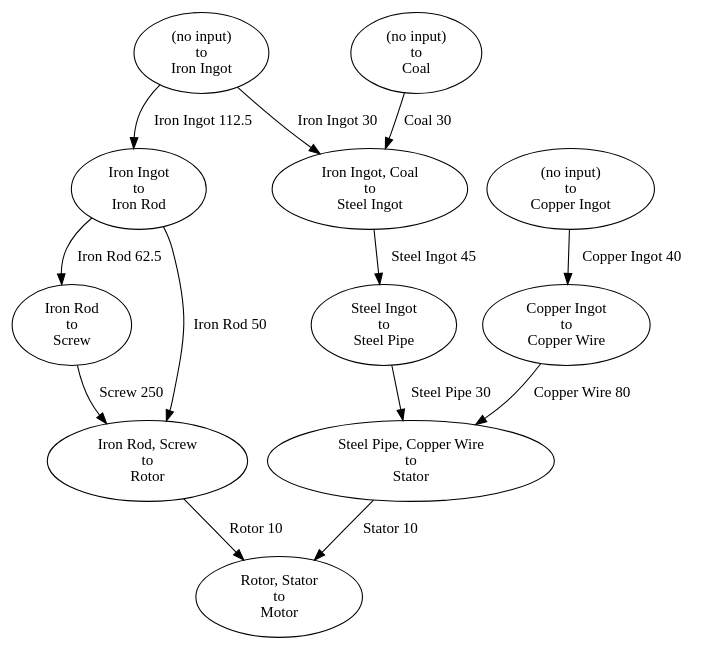
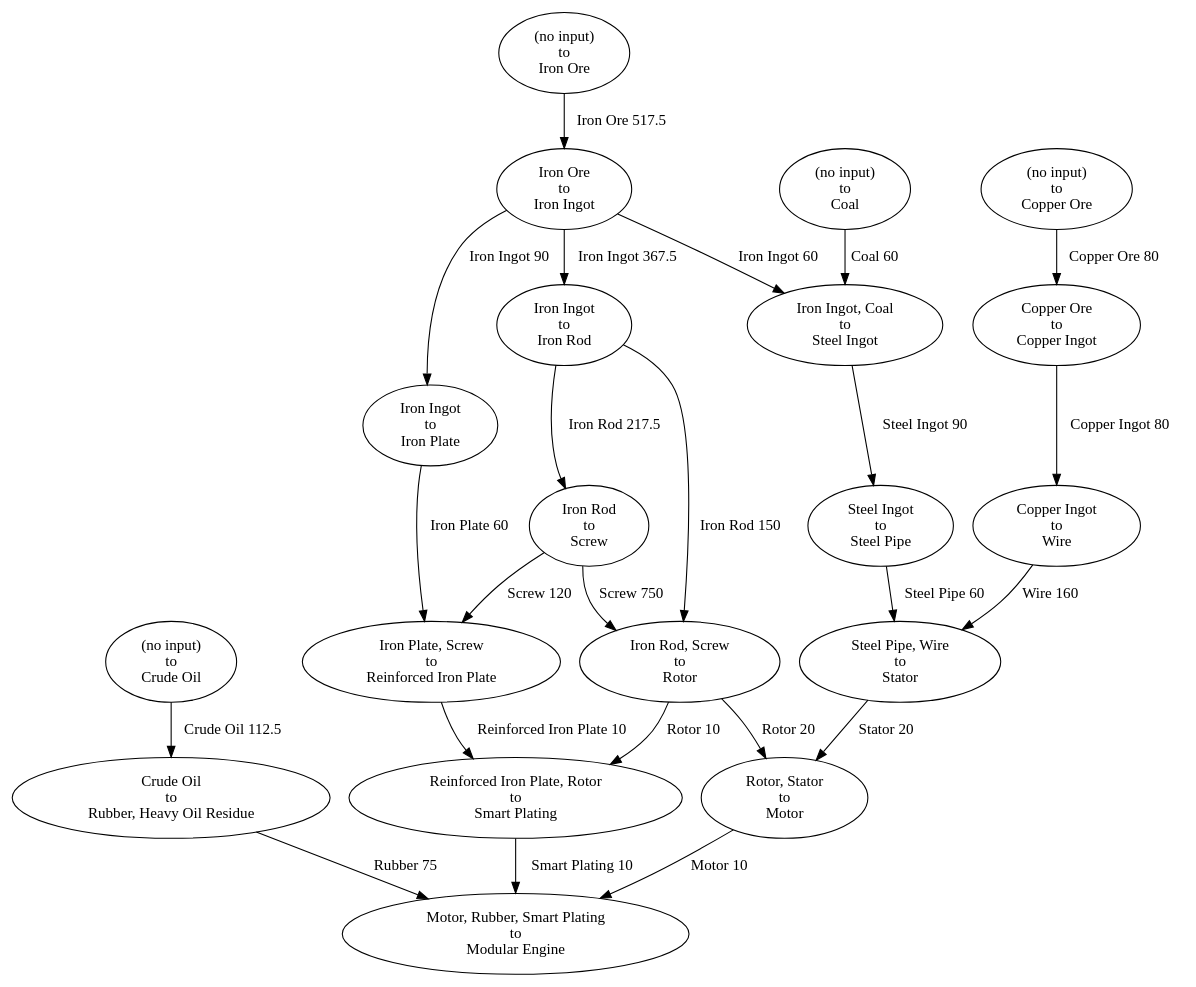
Before and after one commit to tinaxd/factory-calc: the diagram in sample.dot, drawn with Graphviz. The commit also changed 3 other files, not shown here.

```diff
--- a/sample.dot
+++ b/sample.dot
@@ -1,25 +1,44 @@
 digraph G {
     node0 [label = "Iron Ingot, Coal\nto\nSteel Ingot";];
     node1 [label = "Steel Ingot\nto\nSteel Pipe";];
-    node2 [label = "Steel Pipe, Copper Wire\nto\nStator";];
+    node2 [label = "Steel Pipe, Wire\nto\nStator";];
     node3 [label = "Rotor, Stator\nto\nMotor";];
     node4 [label = "Iron Rod, Screw\nto\nRotor";];
     node5 [label = "Iron Ingot\nto\nIron Rod";];
     node6 [label = "Iron Rod\nto\nScrew";];
-    node7 [label = "Copper Ingot\nto\nCopper Wire";];
-    node8 [label = "(no input)\nto\nIron Ingot";];
+    node7 [label = "Copper Ingot\nto\nWire";];
+    node8 [label = "Iron Ore\nto\nIron Ingot";];
     node9 [label = "(no input)\nto\nCoal";];
-    node10 [label = "(no input)\nto\nCopper Ingot";];
-    node8 -> node0 [label = "Iron Ingot 30";];
-    node9 -> node0 [label = "Coal 30";];
-    node0 -> node1 [label = "Steel Ingot 45";];
-    node1 -> node2 [label = "Steel Pipe 30";];
-    node7 -> node2 [label = "Copper Wire 80";];
-    node4 -> node3 [label = "Rotor 10";];
-    node2 -> node3 [label = "Stator 10";];
-    node5 -> node4 [label = "Iron Rod 50";];
-    node6 -> node4 [label = "Screw 250";];
-    node8 -> node5 [label = "Iron Ingot 112.5";];
-    node5 -> node6 [label = "Iron Rod 62.5";];
-    node10 -> node7 [label = "Copper Ingot 40";];
+    node10 [label = "Copper Ore\nto\nCopper Ingot";];
+    node11 [label = "(no input)\nto\nIron Ore";];
+    node12 [label = "(no input)\nto\nCopper Ore";];
+    node13 [label = "Iron Ingot\nto\nIron Plate";];
+    node14 [label = "Iron Plate, Screw\nto\nReinforced Iron Plate";];
+    node15 [label = "(no input)\nto\nCrude Oil";];
+    node16 [label = "Crude Oil\nto\nRubber, Heavy Oil Residue";];
+    node17 [label = "Reinforced Iron Plate, Rotor\nto\nSmart Plating";];
+    node18 [label = "Motor, Rubber, Smart Plating\nto\nModular Engine";];
+    node8 -> node0 [label = "Iron Ingot 60";];
+    node9 -> node0 [label = "Coal 60";];
+    node0 -> node1 [label = "Steel Ingot 90";];
+    node1 -> node2 [label = "Steel Pipe 60";];
+    node7 -> node2 [label = "Wire 160";];
+    node4 -> node3 [label = "Rotor 20";];
+    node2 -> node3 [label = "Stator 20";];
+    node5 -> node4 [label = "Iron Rod 150";];
+    node6 -> node4 [label = "Screw 750";];
+    node8 -> node5 [label = "Iron Ingot 367.5";];
+    node5 -> node6 [label = "Iron Rod 217.5";];
+    node10 -> node7 [label = "Copper Ingot 80";];
+    node11 -> node8 [label = "Iron Ore 517.5";];
+    node12 -> node10 [label = "Copper Ore 80";];
+    node8 -> node13 [label = "Iron Ingot 90";];
+    node13 -> node14 [label = "Iron Plate 60";];
+    node6 -> node14 [label = "Screw 120";];
+    node15 -> node16 [label = "Crude Oil 112.5";];
+    node14 -> node17 [label = "Reinforced Iron Plate 10";];
+    node4 -> node17 [label = "Rotor 10";];
+    node3 -> node18 [label = "Motor 10";];
+    node16 -> node18 [label = "Rubber 75";];
+    node17 -> node18 [label = "Smart Plating 10";];
 }
```
